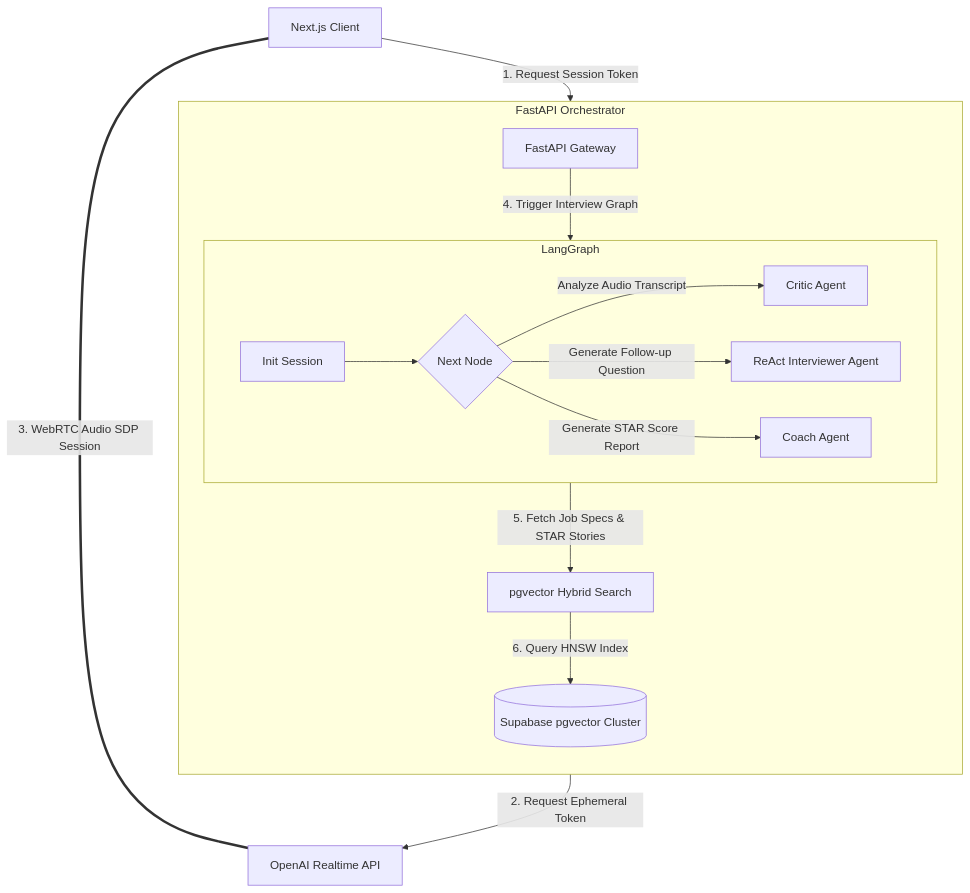
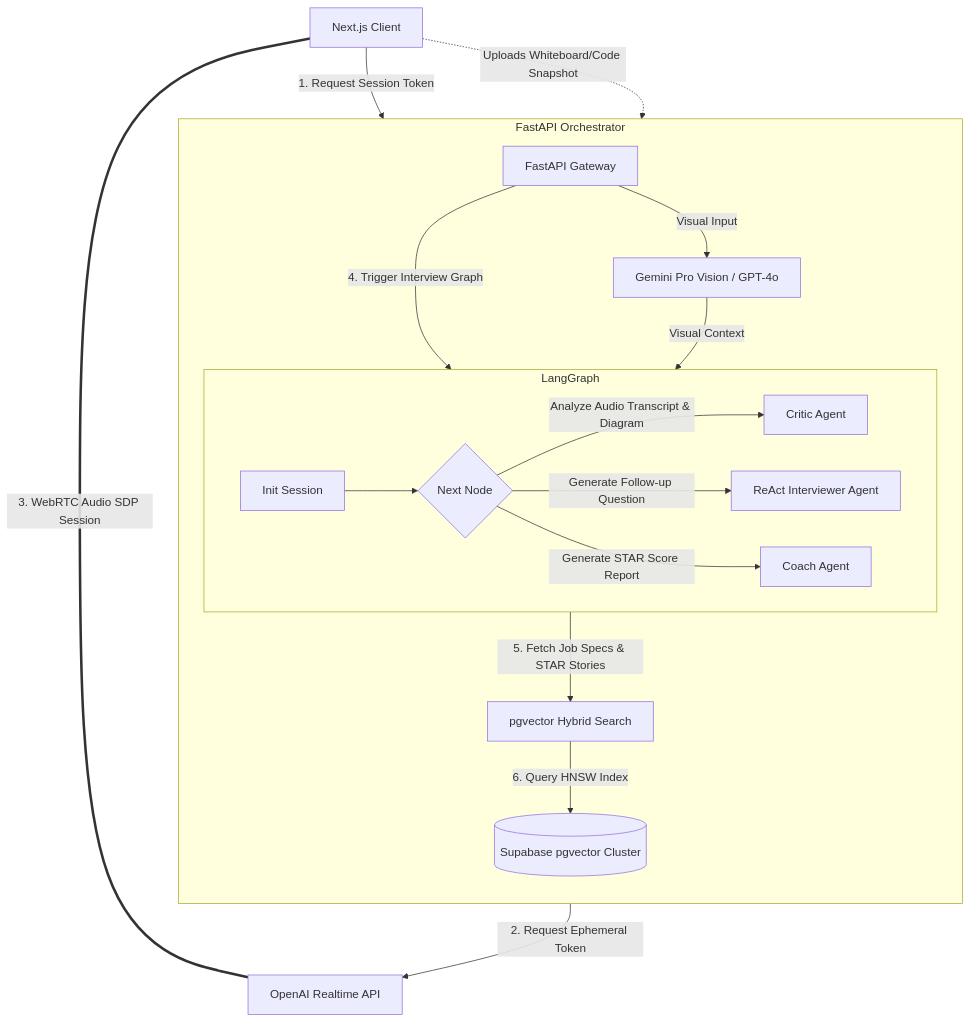
One commit to Attriumph/ai-transition-playbook changed the diagram in 03-Portfolio-Projects/prepHub-orchestrator/README.md. Above: the diagram before and after it, drawn with Mermaid. The commit also changed other lines of this file and 9 other files, not shown here.

Commit message:
feat: pivot to multimodal agentic portfolio and textbook-grade learning roadmaps

````diff
--- a/03-Portfolio-Projects/prepHub-orchestrator/README.md
+++ b/03-Portfolio-Projects/prepHub-orchestrator/README.md
@@ -11,21 +11,24 @@
 ```mermaid
 flowchart TD
     Client[Next.js Client] -->|1. Request Session Token| Gateway[FastAPI Gateway]
+    Client -.->|Uploads Whiteboard/Code Snapshot| Gateway
     Gateway -->|2. Request Ephemeral Token| OpenAI[OpenAI Realtime API]
+    Gateway -->|Visual Input| VisionModel[Gemini Pro Vision / GPT-4o]
     Client == 3. WebRTC Audio SDP Session === OpenAI
     
     subgraph FastAPI Orchestrator
         direction TB
         Gateway -->|4. Trigger Interview Graph| LangGraph[LangGraph State Engine]
+        VisionModel -->|Visual Context| LangGraph
         
         subgraph LangGraph
             Init[Init Session] --> Route{Next Node}
-            Route -->|Analyze Audio Transcript| Critic[Critic Agent]
+            Route -->|Analyze Audio Transcript & Diagram| Critic[Critic Agent]
             Route -->|Generate Follow-up Question| Interviewer[ReAct Interviewer Agent]
             Route -->|Generate STAR Score Report| Coach[Coach Agent]
         end
         
         LangGraph -->|5. Fetch Job Specs & STAR Stories| RAG[pgvector Hybrid Search]
         RAG -->|6. Query HNSW Index| Supabase[(Supabase pgvector Cluster)]
     end
 ```
````
